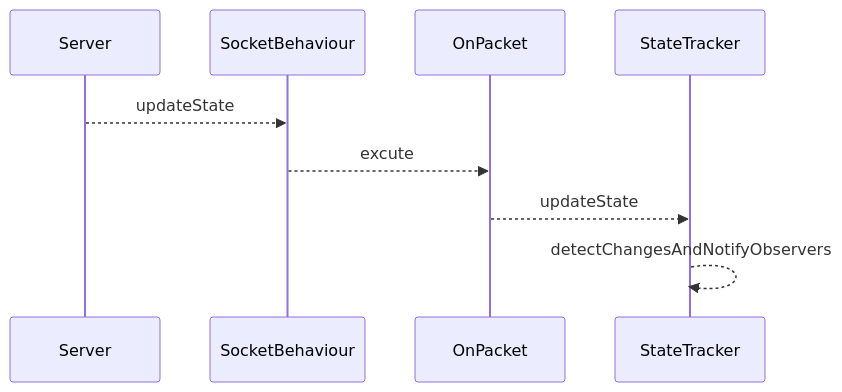
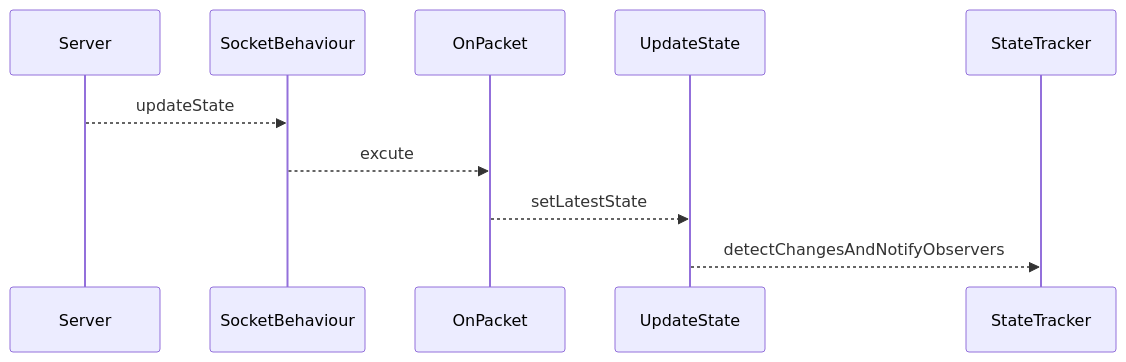
The sixth of 8 diagrams in source/views/docs/api/ensemblejs-client/about.md (distributedlife/ensemble-website), drawn with Mermaid before and after one commit. The commit also changed 80 other files, not shown here.

```diff
--- a/source/views/docs/api/ensemblejs-client/about.md
+++ b/source/views/docs/api/ensemblejs-client/about.md
@@ -63,7 +63,7 @@
 <div class="mermaid">
 sequenceDiagram
   Server-->>SocketBehaviour: updateState
   SocketBehaviour-->>OnPacket: excute
-  OnPacket-->>StateTracker: updateState
-  StateTracker-->>StateTracker: detectChangesAndNotifyObservers
+  OnPacket-->>UpdateState: setLatestState
+  UpdateState-->>StateTracker: detectChangesAndNotifyObservers
 </div>
```
